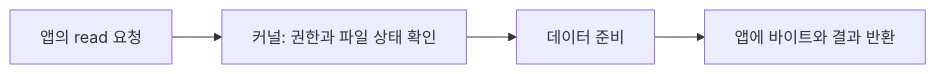
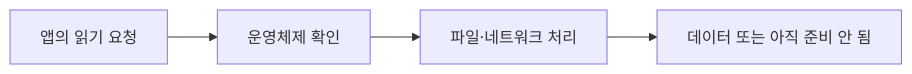
One commit to moocongpapa/it-study changed the diagram in content/topics/syscalls-io.md. Above: the diagram before and after it, drawn with Mermaid. The commit also changed other lines of this file and 71 other files, not shown here.

````diff
--- a/content/topics/syscalls-io.md
+++ b/content/topics/syscalls-io.md
@@ -6,5 +20,5 @@
 ```mermaid
 flowchart LR
-  A["앱의 read 요청"] --> B["커널: 권한과 파일 상태 확인"]
-  B --> C["데이터 준비"] --> D["앱에 바이트와 결과 반환"]
+ A["앱의 읽기 요청"] --> B["운영체제 확인"] --> C["파일·네트워크 처리"]
+ C --> D["데이터 또는 아직 준비 안 됨"]
 ```
````
